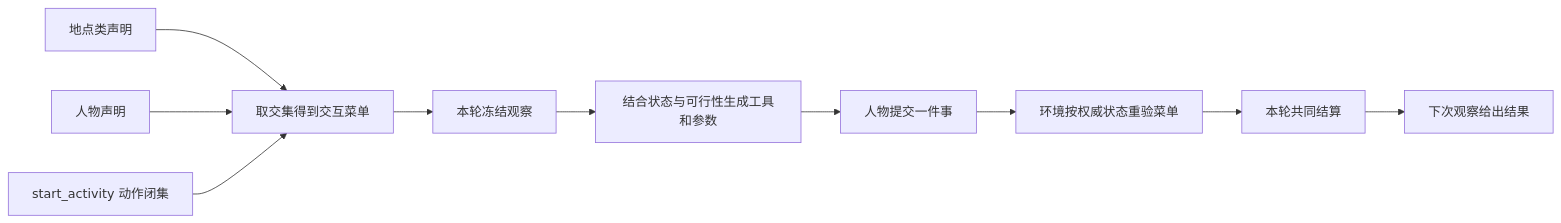
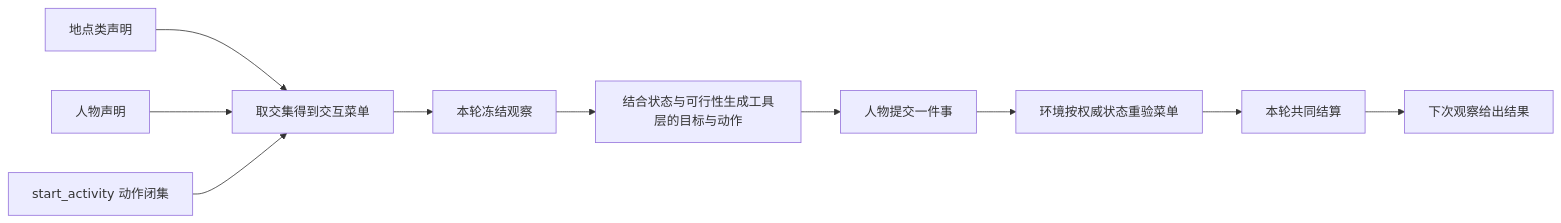
Before and after one commit to HoldThatThgt/WorldMock: the diagram in docs/dev/SPEC-interaction-menu.md, drawn with Mermaid. The commit also changed other lines of this file and 5 other files, not shown here.

````diff
--- a/docs/dev/SPEC-interaction-menu.md
+++ b/docs/dev/SPEC-interaction-menu.md
@@ -14,12 +15,12 @@
 ```mermaid
 flowchart LR
     L[地点类声明] --> M[取交集得到交互菜单]
     P[人物声明] --> M
     R[start_activity 动作闭集] --> M
     M --> O[本轮冻结观察]
-    O --> H[结合状态与可行性生成工具和参数]
+    O --> H[结合状态与可行性生成工具层的目标与动作]
     H --> A[人物提交一件事]
     A --> E[环境按权威状态重验菜单]
     E --> S[本轮共同结算]
     S --> N[下次观察给出结果]
 ```
````
